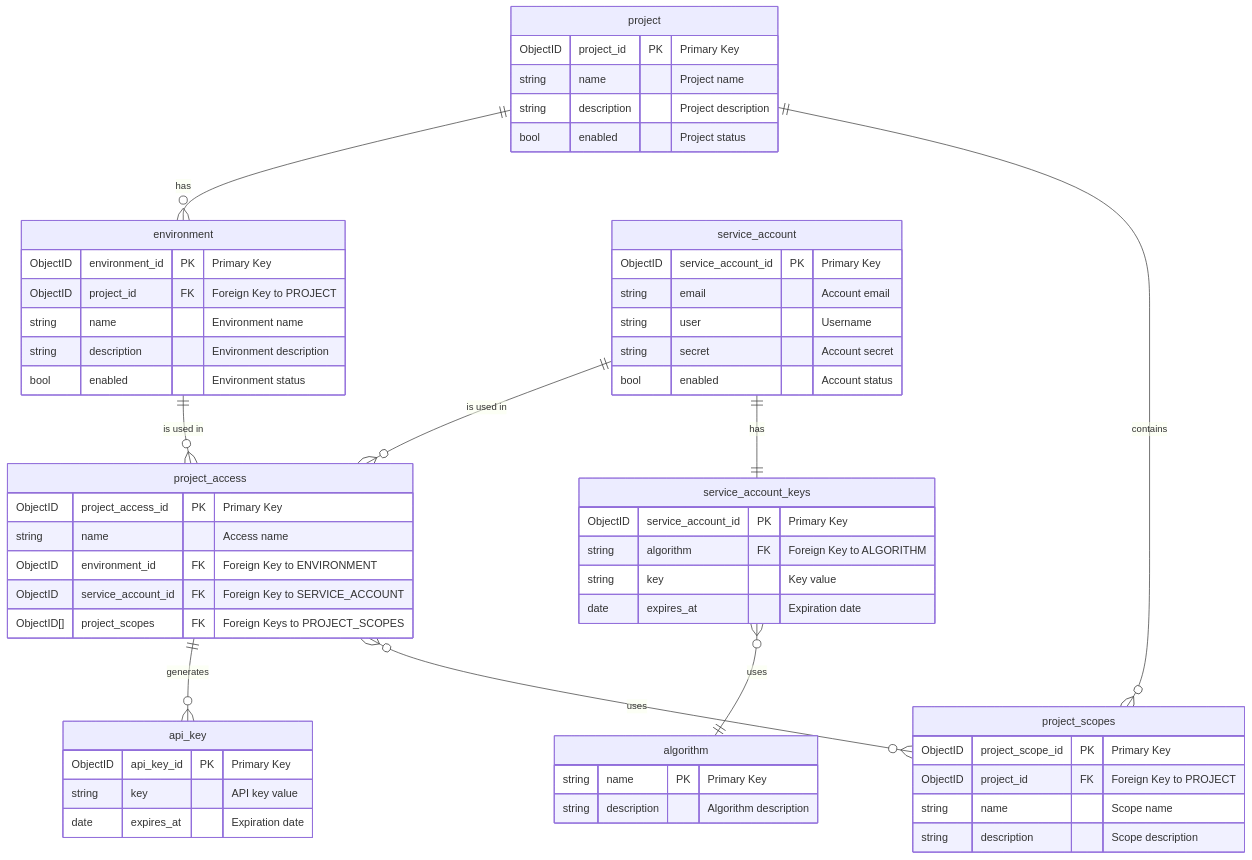
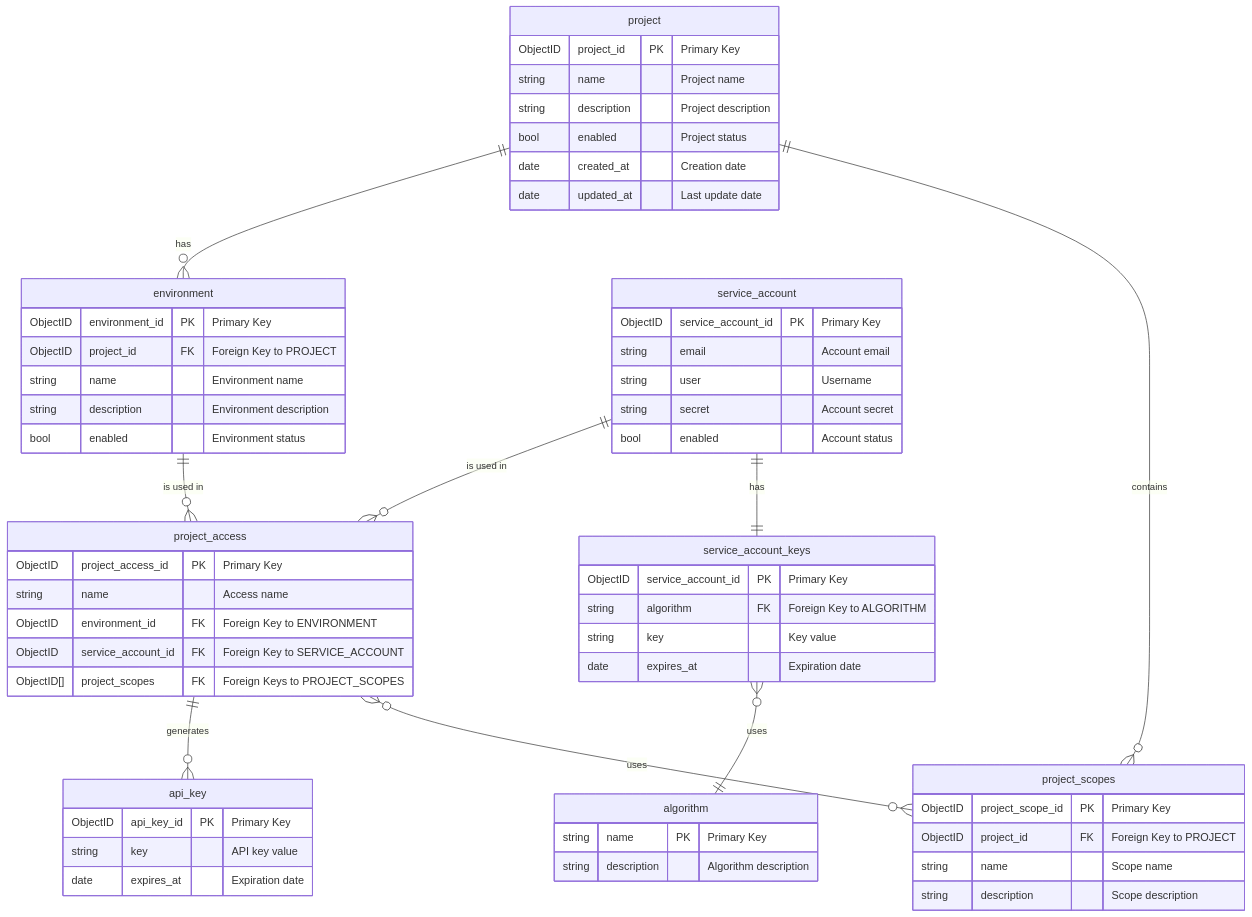
Before and after one commit to refactorartist/buraq: the diagram in docs/erd/erd.mmd, drawn with Mermaid. The commit also changed 1 other file, not shown here.

Commit message:
Enhance Project model with timestamps and update ERD
Added 'created_at' and 'updated_at' fields to the Project model to track creation and last update dates. Updated the entity-relationship diagram (ERD) to reflect these changes, ensuring the model accurately represents the project's lifecycle.

```diff
--- a/docs/erd/erd.mmd
+++ b/docs/erd/erd.mmd
@@ -1,65 +1,67 @@
 erDiagram
     algorithm {
         string name PK "Primary Key"
         string description "Algorithm description"
     }
 
     api_key {
         ObjectID api_key_id PK "Primary Key"
         string key "API key value"
         date expires_at "Expiration date"
     }
 
     environment {
         ObjectID environment_id PK "Primary Key"
         ObjectID project_id FK "Foreign Key to PROJECT"
         string name "Environment name"
         string description "Environment description"
         bool enabled "Environment status"
     }
 
     project {
         ObjectID project_id PK "Primary Key"
         string name "Project name"
         string description "Project description"
         bool enabled "Project status"
+        date created_at "Creation date"
+        date updated_at "Last update date"
     }
 
     project_access {
         ObjectID project_access_id PK "Primary Key"
         string name "Access name"
         ObjectID environment_id FK "Foreign Key to ENVIRONMENT"
         ObjectID service_account_id FK "Foreign Key to SERVICE_ACCOUNT"
         ObjectID[] project_scopes FK "Foreign Keys to PROJECT_SCOPES"
     }
 
     project_scopes {
         ObjectID project_scope_id PK "Primary Key"
         ObjectID project_id FK "Foreign Key to PROJECT"
         string name "Scope name"
         string description "Scope description"
     }
 
     service_account {
         ObjectID service_account_id PK "Primary Key"
         string email "Account email"
         string user "Username"
         string secret "Account secret"
         bool enabled "Account status"
     }
 
     service_account_keys {
         ObjectID service_account_id PK "Primary Key"
         string algorithm FK "Foreign Key to ALGORITHM"
         string key "Key value"
         date expires_at "Expiration date"
     }
 
     project ||--o{ environment : "has"
     project ||--o{ project_scopes : "contains"
     service_account ||--o{ project_access : "is used in"
     service_account ||--|| service_account_keys : "has"
     environment ||--o{ project_access : "is used in"
     project_access ||--o{ api_key : "generates"
     project_access }o--o{ project_scopes : "uses"
     service_account_keys }o--|| algorithm : "uses"
```
